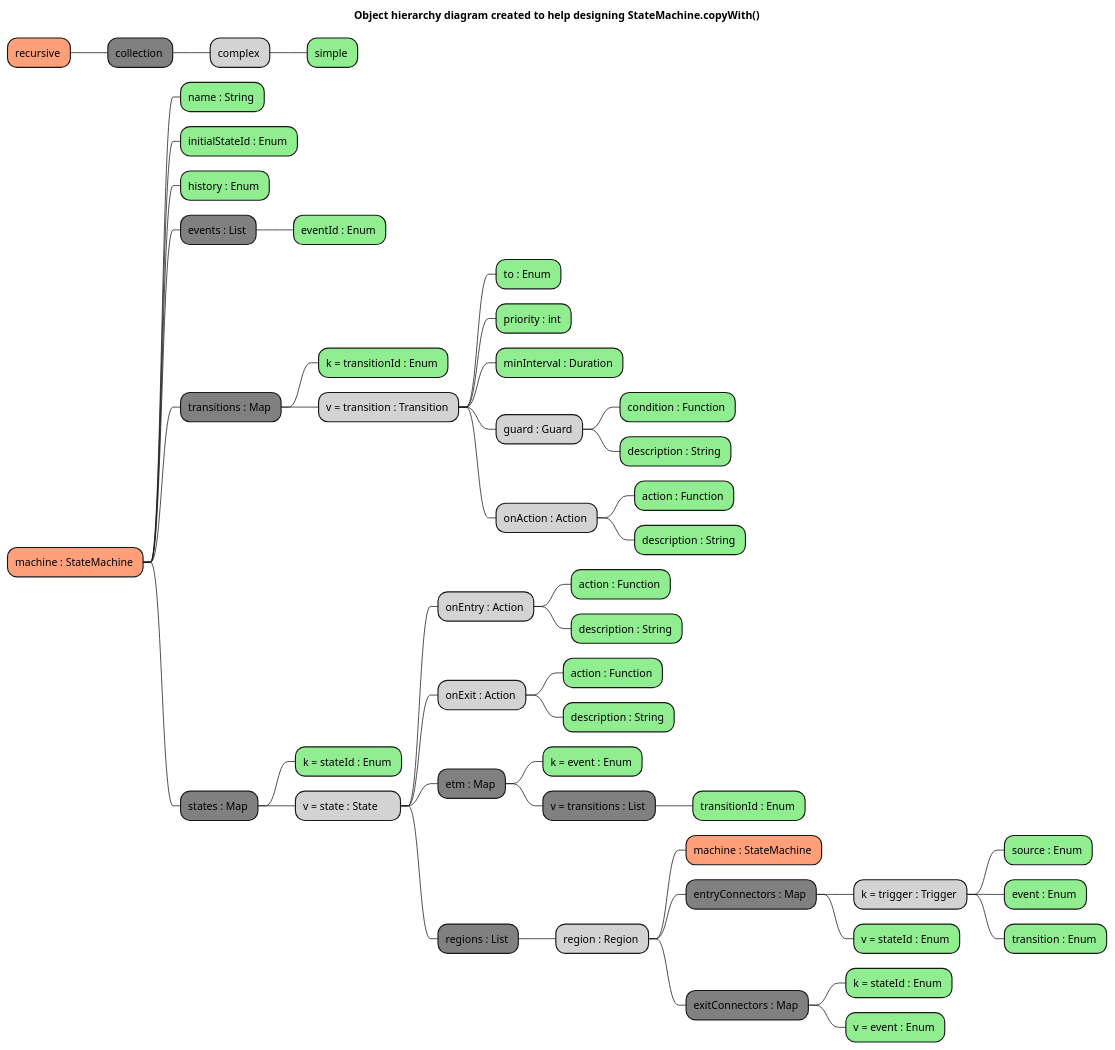
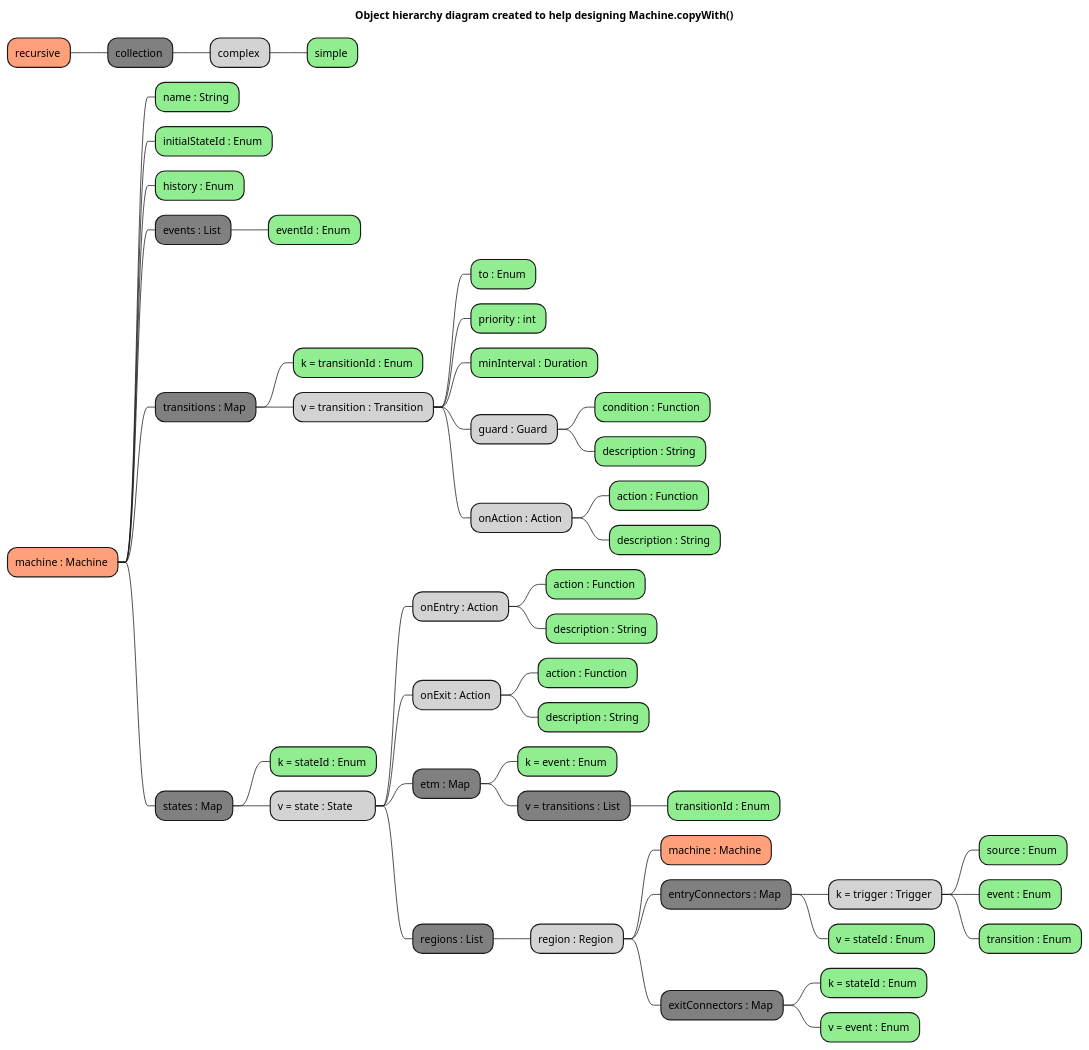
Before and after one commit to tamas-p/hisma: the diagram in packages/hisma/doc/dev/diagrams/object_hierarchy.plantuml, drawn with PlantUML. The commit also changed 31 other files, not shown here.

```diff
--- a/packages/hisma/doc/dev/diagrams/object_hierarchy.plantuml
+++ b/packages/hisma/doc/dev/diagrams/object_hierarchy.plantuml
@@ -1,67 +1,67 @@
 @startmindmap State machine hierarchy diagram
-title Object hierarchy diagram created to help designing StateMachine.copyWith() 
+title Object hierarchy diagram created to help designing Machine.copyWith() 
 <style>
 mindmapDiagram {
     .simple { 
         BackgroundColor LightGreen 
     }
     .recurse { 
         BackgroundColor LightSalmon 
     }
     .iterate { 
         BackgroundColor Gray 
     }
     .complex {
         BackgroundColor LightGray 
     }
 }
 </style>
 * recursive <<recurse>>
 ** collection <<iterate>>
 *** complex <<complex>>
 **** simple <<simple>>
-* machine : StateMachine <<recurse>>
+* machine : Machine <<recurse>>
 ** name : String <<simple>>
 ** initialStateId : Enum <<simple>>
 ** history : Enum <<simple>>
 ** events : List <<iterate>>
 *** eventId : Enum <<simple>>
 ** transitions : Map <<iterate>>
 *** k = transitionId : Enum <<simple>>
 *** v = transition : Transition <<complex>>
 **** to : Enum <<simple>>
 **** priority : int <<simple>>
 **** minInterval : Duration <<simple>>
 **** guard : Guard <<complex>>
 ***** condition : Function <<simple>>
 ***** description : String <<simple>>
 **** onAction : Action <<complex>>
 ***** action : Function <<simple>>
 ***** description : String <<simple>>
 ** states : Map <<iterate>>
 *** k = stateId : Enum <<simple>>
 *** v = state : State\t <<complex>>
 **** onEntry : Action <<complex>>
 ***** action : Function <<simple>>
 ***** description : String <<simple>>
 **** onExit : Action <<complex>>
 ***** action : Function <<simple>>
 ***** description : String <<simple>>
 **** etm : Map <<iterate>>
 ***** k = event : Enum <<simple>>
 ***** v = transitions : List <<iterate>>
 ****** transitionId : Enum <<simple>>
 **** regions : List <<iterate>>
 ***** region : Region <<complex>>
-****** machine : StateMachine <<recurse>>
+****** machine : Machine <<recurse>>
 ****** entryConnectors : Map <<iterate>>
 ******* k = trigger : Trigger <<complex>>
 ******** source : Enum <<simple>>
 ******** event : Enum <<simple>>
 ******** transition : Enum <<simple>>
 ******* v = stateId : Enum <<simple>>
 ****** exitConnectors : Map <<iterate>>
 ******* k = stateId : Enum <<simple>>
 ******* v = event : Enum <<simple>>
 
 @endmindmap
```
